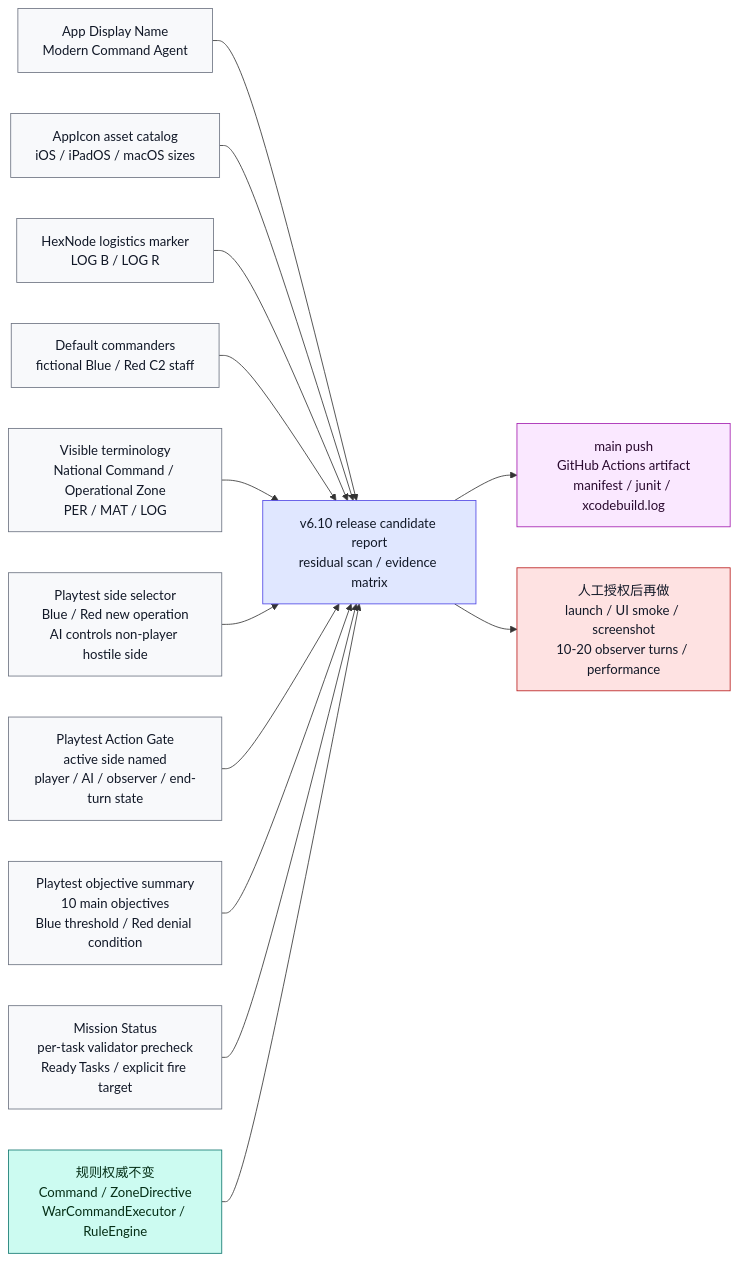
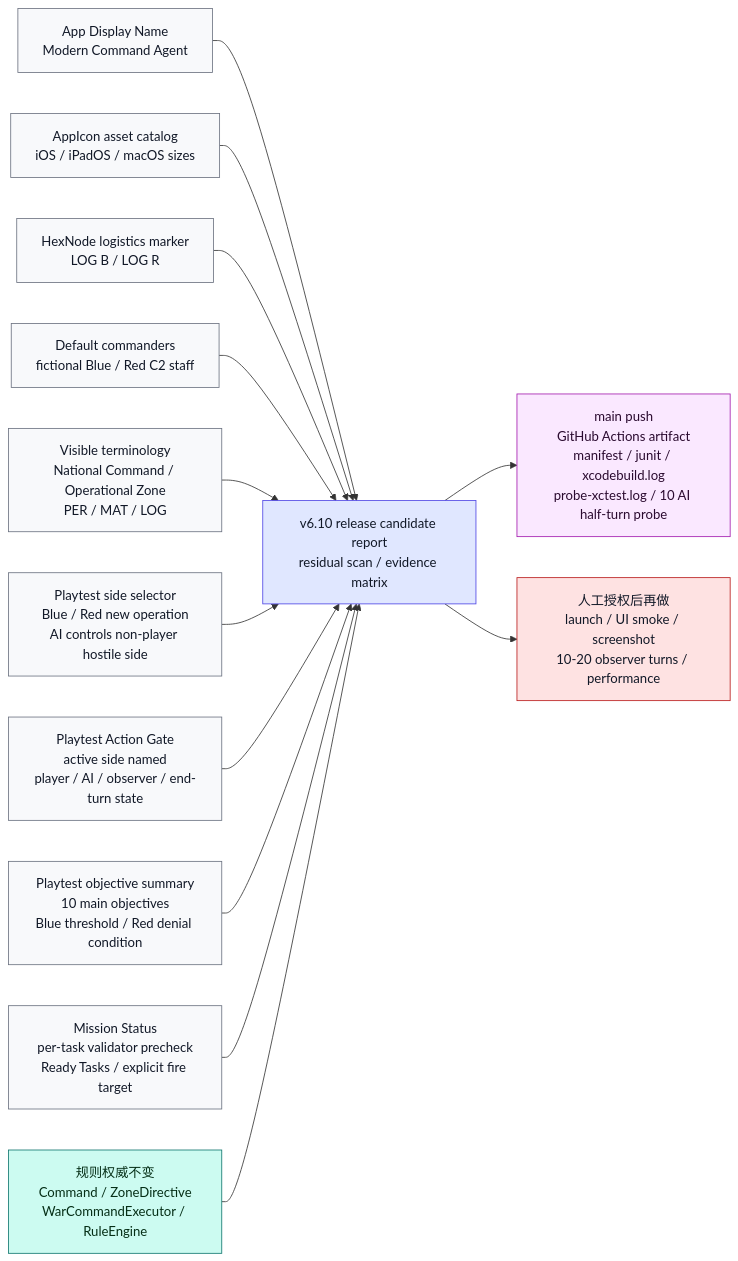
One commit to Altman-sam114/127 changed diagram 12 of 20 in md/flow/flowchart.md. Above: the diagram before and after it, drawn with Mermaid. The commit also changed other lines of this file and 7 other files, not shown here.

Commit message:
test: add grey tide ai half-turn probe

````diff
--- a/md/flow/flowchart.md
+++ b/md/flow/flowchart.md
@@ -363,35 +363,35 @@
 ```mermaid
 flowchart LR
     DISPLAY["App Display Name<br/>Modern Command Agent"]:::display
     ICON["AppIcon asset catalog<br/>iOS / iPadOS / macOS sizes"]:::display
     MAP["HexNode logistics marker<br/>LOG B / LOG R"]:::display
     COMMANDERS["Default commanders<br/>fictional Blue / Red C2 staff"]:::display
     TERMS["Visible terminology<br/>National Command / Operational Zone<br/>PER / MAT / LOG"]:::display
     REPORT["v6.10 release candidate report<br/>residual scan / evidence matrix"]:::doc
     RULES["规则权威不变<br/>Command / ZoneDirective<br/>WarCommandExecutor / RuleEngine"]:::rules
-    CLOUD["main push<br/>GitHub Actions artifact<br/>manifest / junit / xcodebuild.log"]:::cloud
+    CLOUD["main push<br/>GitHub Actions artifact<br/>manifest / junit / xcodebuild.log<br/>probe-xctest.log / 10 AI half-turn probe"]:::cloud
     SIDE["Playtest side selector<br/>Blue / Red new operation<br/>AI controls non-player hostile side"]:::display
     GATE["Playtest Action Gate<br/>active side named<br/>player / AI / observer / end-turn state"]:::display
     OBJ["Playtest objective summary<br/>10 main objectives<br/>Blue threshold / Red denial condition"]:::display
     MISSION["Mission Status<br/>per-task validator precheck<br/>Ready Tasks / explicit fire target"]:::display
     RUNTIME["人工授权后再做<br/>launch / UI smoke / screenshot<br/>10-20 observer turns / performance"]:::risk
 
     DISPLAY --> REPORT
     ICON --> REPORT
     MAP --> REPORT
     COMMANDERS --> REPORT
     TERMS --> REPORT
     SIDE --> REPORT
     GATE --> REPORT
     OBJ --> REPORT
     MISSION --> REPORT
     RULES --> REPORT
     REPORT --> CLOUD
     REPORT --> RUNTIME
 
     classDef display fill:#f8f9fb,stroke:#6b7280,color:#111827
     classDef doc fill:#e0e7ff,stroke:#4f46e5,color:#111827
     classDef rules fill:#ccfbf1,stroke:#0f766e,color:#052e16
     classDef cloud fill:#fae8ff,stroke:#a21caf,color:#2a0a2f
     classDef risk fill:#fee2e2,stroke:#b91c1c,color:#111827
 ```
````
